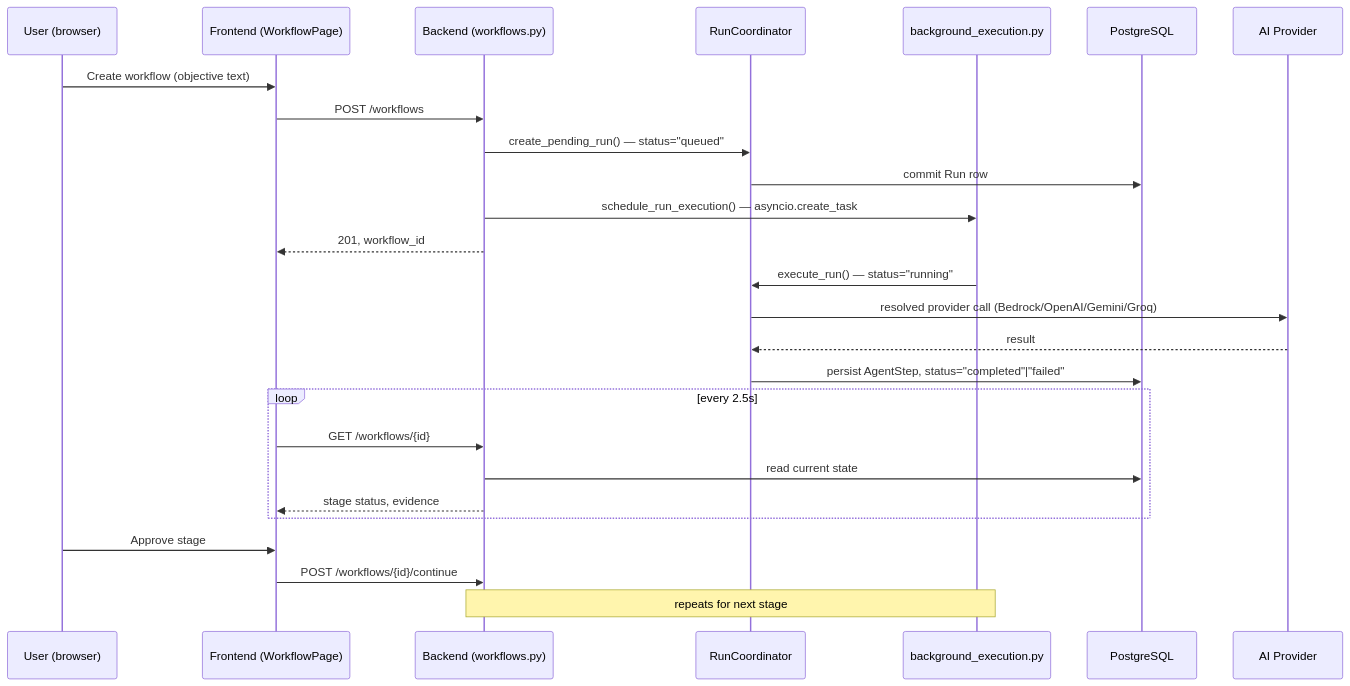
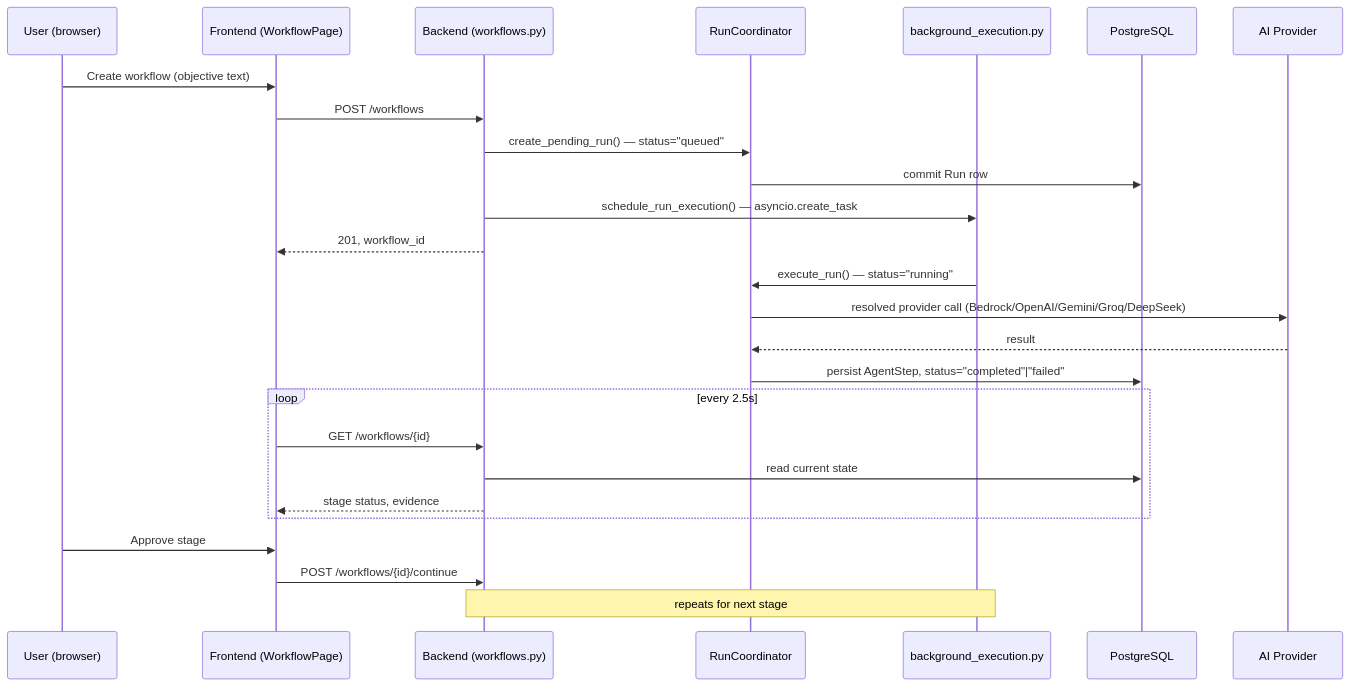
One commit to sasikumars-cyb/GraphForge changed the second of 3 diagrams in docs/deployment/01_ARCHITECTURE.md. Above: the diagram before and after it, drawn with Mermaid. The commit also changed other lines of this file and 21 other files, not shown here.

````diff
--- a/docs/deployment/01_ARCHITECTURE.md
+++ b/docs/deployment/01_ARCHITECTURE.md
@@ -133,29 +134,29 @@
 ```mermaid
 sequenceDiagram
     participant U as User (browser)
     participant FE as Frontend (WorkflowPage)
     participant API as Backend (workflows.py)
     participant RC as RunCoordinator
     participant BG as background_execution.py
     participant DB as PostgreSQL
     participant LLM as AI Provider
 
     U->>FE: Create workflow (objective text)
     FE->>API: POST /workflows
     API->>RC: create_pending_run() — status="queued"
     RC->>DB: commit Run row
     API->>BG: schedule_run_execution() — asyncio.create_task
     API-->>FE: 201, workflow_id
     BG->>RC: execute_run() — status="running"
-    RC->>LLM: resolved provider call (Bedrock/OpenAI/Gemini/Groq)
+    RC->>LLM: resolved provider call (Bedrock/OpenAI/Gemini/Groq/DeepSeek)
     LLM-->>RC: result
     RC->>DB: persist AgentStep, status="completed"|"failed"
     loop every 2.5s
         FE->>API: GET /workflows/{id}
         API->>DB: read current state
         API-->>FE: stage status, evidence
     end
     U->>FE: Approve stage
     FE->>API: POST /workflows/{id}/continue
     Note over API,BG: repeats for next stage
 ```
````
